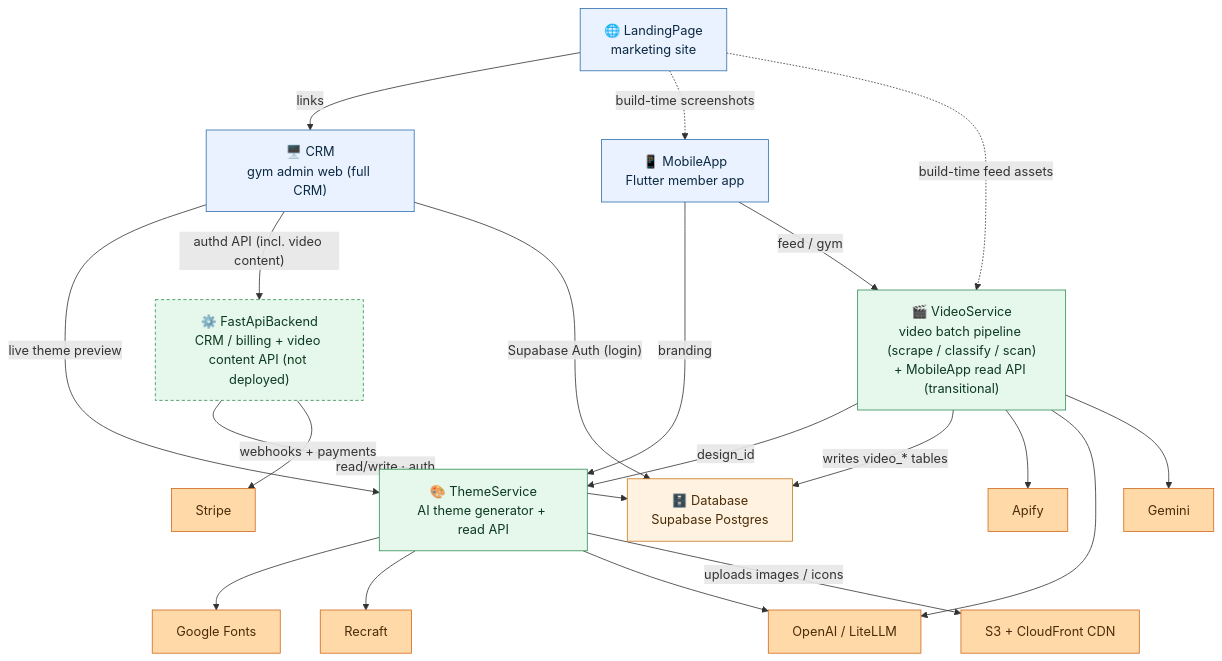
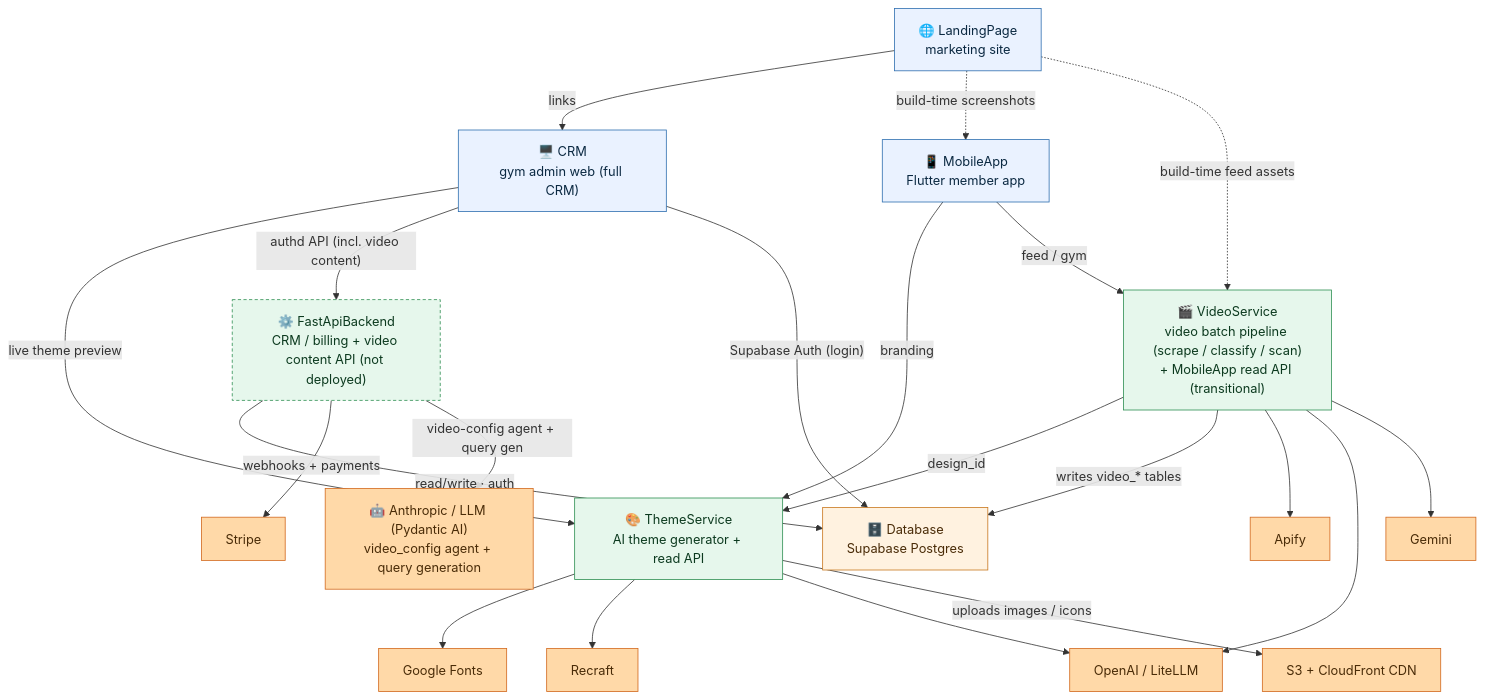
The diagram in README.md (jesse51002/CombatDen), drawn with Mermaid before and after one commit. The commit also changed other lines of this file and 105 other files, not shown here.

First line of the commit message:
video_config: LLM video-config agent + versioned spec + feed-learning

````diff
--- a/README.md
+++ b/README.md
@@ -16,49 +16,51 @@
 ```mermaid
 flowchart TB
   MobileApp["📱 MobileApp<br/>Flutter member app"]
   CRM["🖥️ CRM<br/>gym admin web (full CRM)"]
   LandingPage["🌐 LandingPage<br/>marketing site"]
 
   ThemeService["🎨 ThemeService<br/>AI theme generator + read API"]
   VideoService["🎬 VideoService<br/>video batch pipeline (scrape / classify / scan)<br/>+ MobileApp read API (transitional)"]
   FastApiBackend["⚙️ FastApiBackend<br/>CRM / billing + video content API (not deployed)"]
 
   Database["🗄️ Database<br/>Supabase Postgres"]
   Stripe["Stripe"]
   LiteLLM["OpenAI / LiteLLM"]
   Gemini["Gemini"]
   Apify["Apify"]
   GoogleFonts["Google Fonts"]
   Recraft["Recraft"]
   CDN["S3 + CloudFront CDN"]
+  LLMProvider["🤖 Anthropic / LLM (Pydantic AI)<br/>video_config agent + query generation"]
 
   MobileApp -->|"branding"| ThemeService
   MobileApp -->|"feed / gym"| VideoService
   CRM -->|"live theme preview"| ThemeService
   CRM -->|"authd API (incl. video content)"| FastApiBackend
   CRM -->|"Supabase Auth (login)"| Database
   LandingPage -->|"links"| CRM
   LandingPage -.->|"build-time screenshots"| MobileApp
   LandingPage -.->|"build-time feed assets"| VideoService
   VideoService -->|"design_id"| ThemeService
   FastApiBackend -->|"read/write · auth"| Database
   VideoService -->|"writes video_* tables"| Database
   FastApiBackend -->|"webhooks + payments"| Stripe
+  FastApiBackend -->|"video-config agent + query gen"| LLMProvider
   VideoService --> Apify
   VideoService --> LiteLLM
   VideoService --> Gemini
   ThemeService --> GoogleFonts
   ThemeService --> Recraft
   ThemeService --> LiteLLM
   ThemeService -->|"uploads images / icons"| CDN
 
   classDef client fill:#eaf2ff,stroke:#2f6fb0,color:#0b2942;
   classDef service fill:#e6f7ec,stroke:#2f8f53,color:#0c3a1f;
   classDef data fill:#fff2e0,stroke:#c9781f,color:#4a2c08;
   classDef ext fill:#ffd9a8,stroke:#d2691e,color:#4a2c08;
   class MobileApp,CRM,LandingPage client;
   class ThemeService,VideoService,FastApiBackend service;
   class Database data;
-  class Stripe,LiteLLM,Gemini,Apify,GoogleFonts,Recraft,CDN ext;
+  class Stripe,LiteLLM,Gemini,Apify,GoogleFonts,Recraft,CDN,LLMProvider ext;
   style FastApiBackend stroke-dasharray:4 3;
 ```
````
